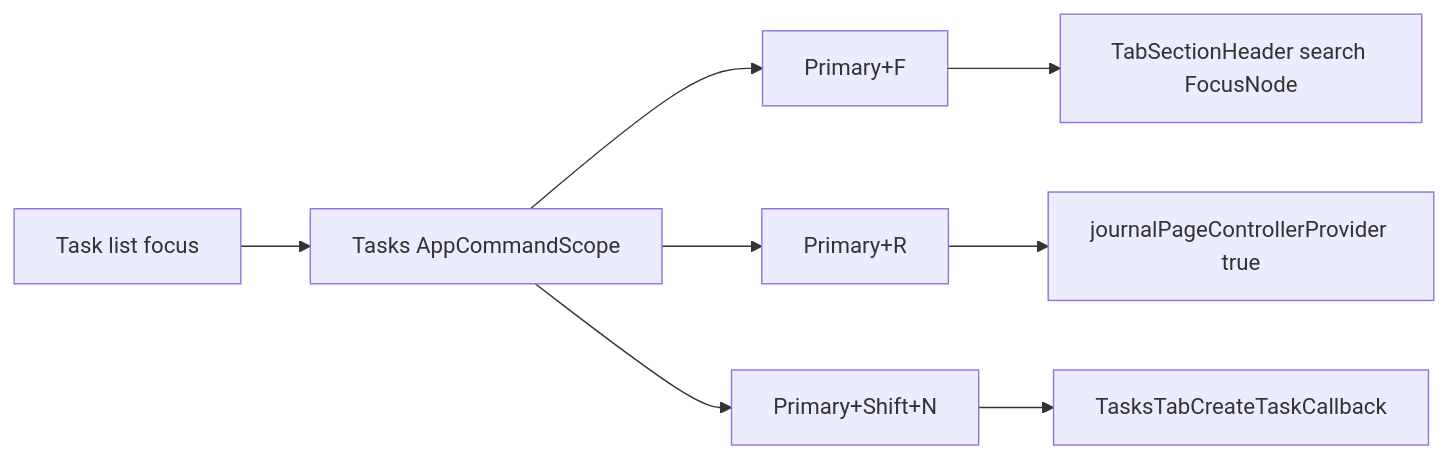
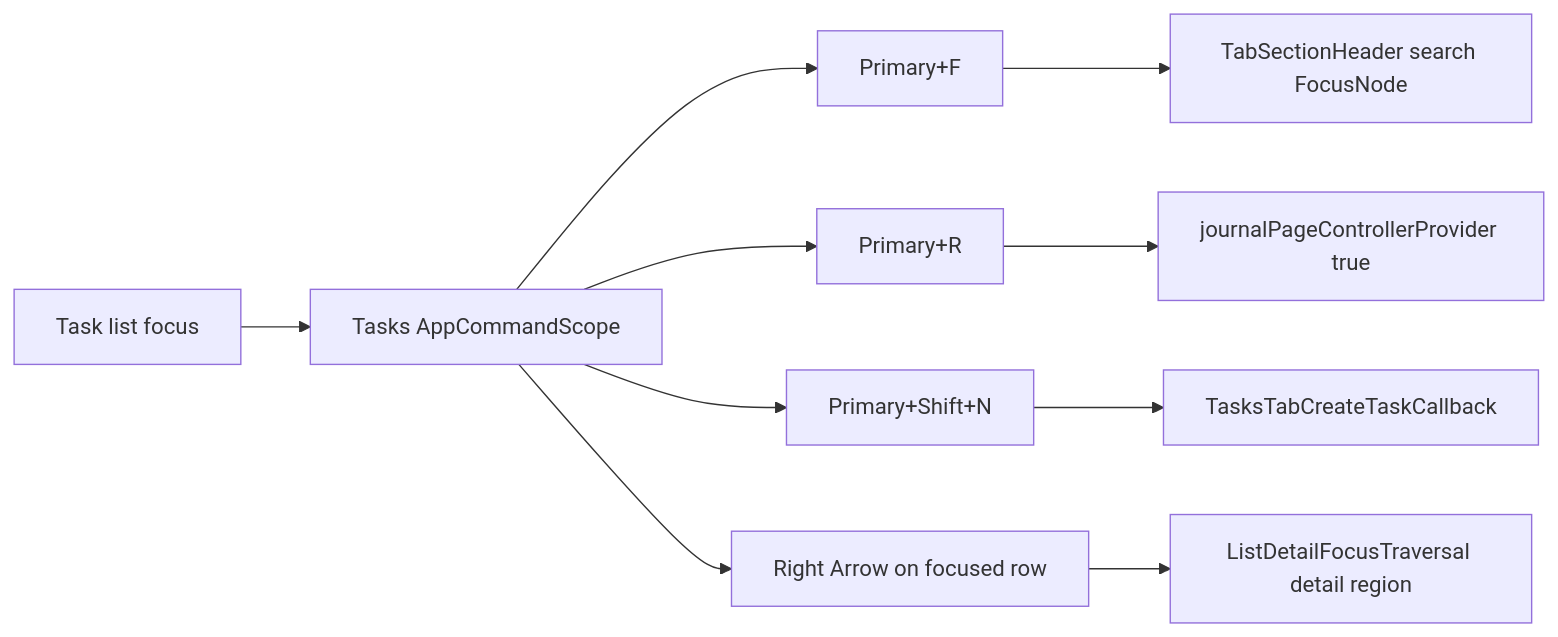
Diagram 16 of 16 in lib/features/tasks/README.md (matthiasn/lotti), drawn with Mermaid before and after one commit. The commit also changed other lines of this file and 21 other files, not shown here.

````diff
--- a/lib/features/tasks/README.md
+++ b/lib/features/tasks/README.md
@@ -854,10 +861,12 @@
 ```mermaid
 flowchart LR
   Focus[Task list focus] --> Scope[Tasks AppCommandScope]
   Scope --> Search[Primary+F]
   Scope --> Refresh[Primary+R]
   Scope --> Create[Primary+Shift+N]
+  Scope --> Expand[Right Arrow on focused row]
   Search --> Header[TabSectionHeader search FocusNode]
   Refresh --> Controller[journalPageControllerProvider true]
   Create --> Callback[TasksTabCreateTaskCallback]
+  Expand --> Detail[ListDetailFocusTraversal detail region]
 ```
````
